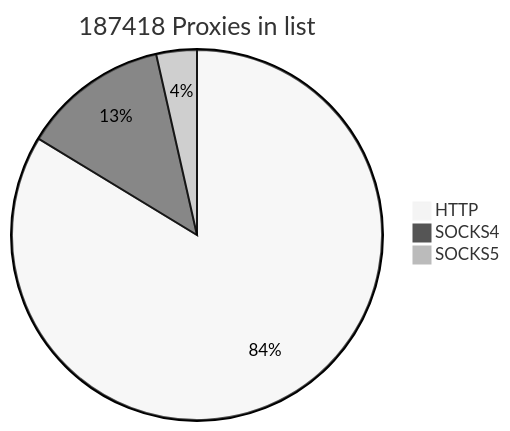
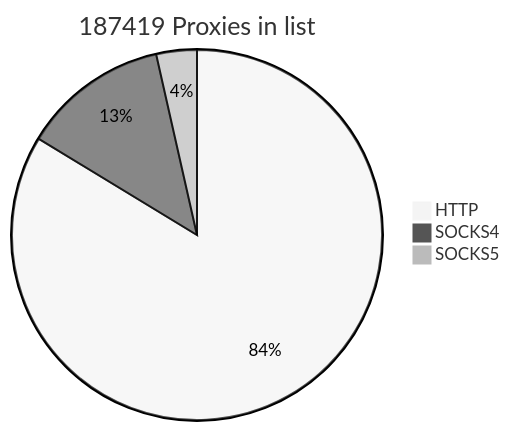
The first of 2 diagrams in README.md (cutipu/proxylist), drawn with Mermaid (neutral theme) before and after one commit. The commit also changed other lines of this file, not shown here.

````diff
--- a/README.md
+++ b/README.md
@@ -2,7 +2,7 @@
 ```mermaid
-pie title 187418 Proxies in list
+pie title 187419 Proxies in list
     "HTTP" : 156845
-    "SOCKS4" : 23939
+    "SOCKS4" : 23940
     "SOCKS5" : 6634
             
 ```
````
